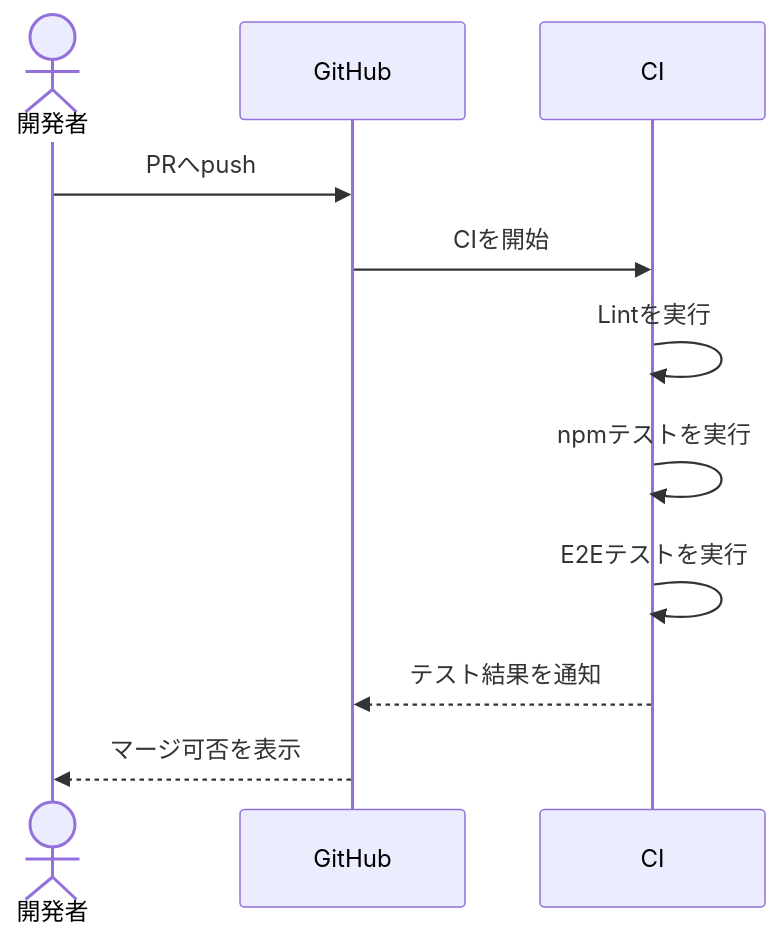
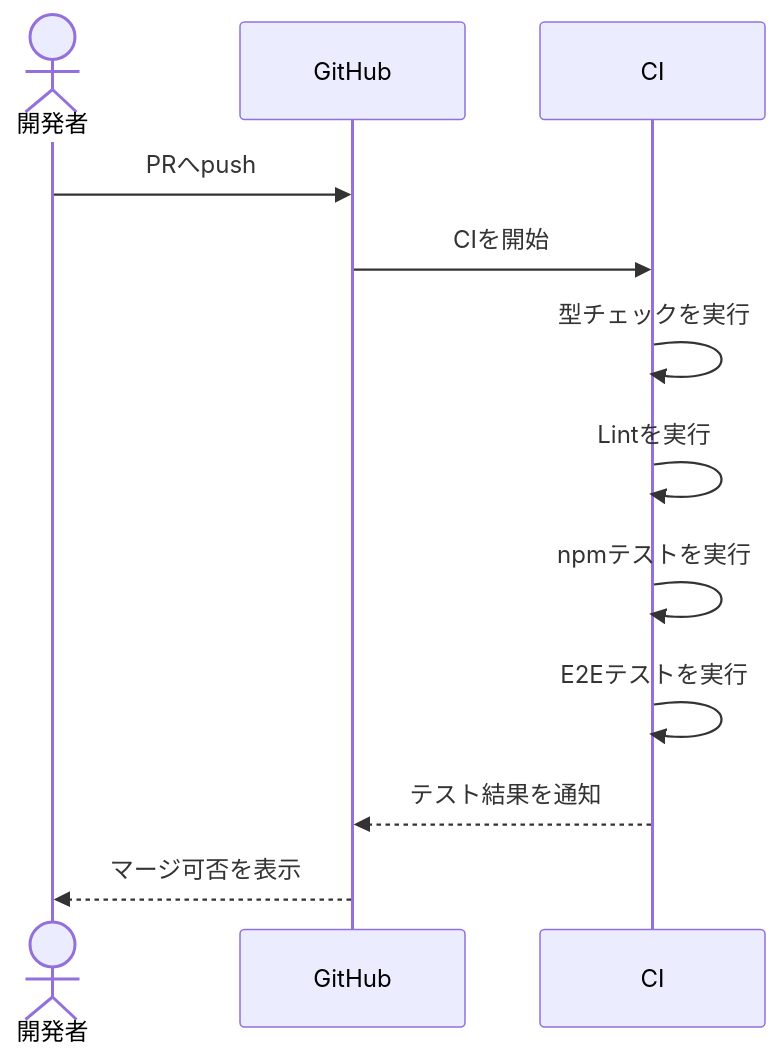
Before and after one commit to yuuya-1205/selfsketch-web: the second of 2 diagrams in docs/design/ci.md, drawn with Mermaid. The commit also changed other lines of this file and 1 other file, not shown here.

````diff
--- a/docs/design/ci.md
+++ b/docs/design/ci.md
@@ -28,14 +30,15 @@
 ```mermaid
 sequenceDiagram
    actor 開発者
    participant GitHub
    participant CI
 
    開発者->>GitHub: PRへpush
    GitHub->>CI: CIを開始
+   CI->>CI: 型チェックを実行
    CI->>CI: Lintを実行
    CI->>CI: npmテストを実行
    CI->>CI: E2Eテストを実行
    CI-->>GitHub: テスト結果を通知
    GitHub-->>開発者: マージ可否を表示
 ```
````
